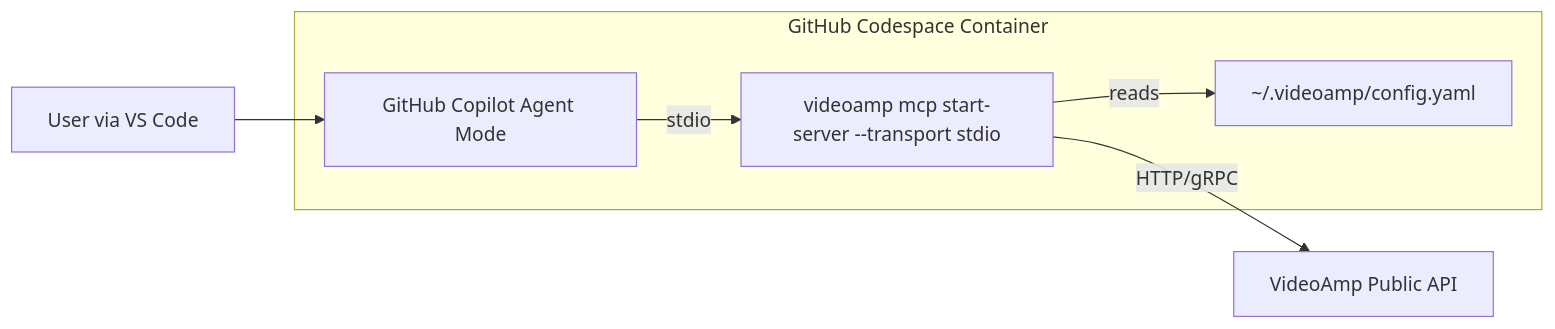
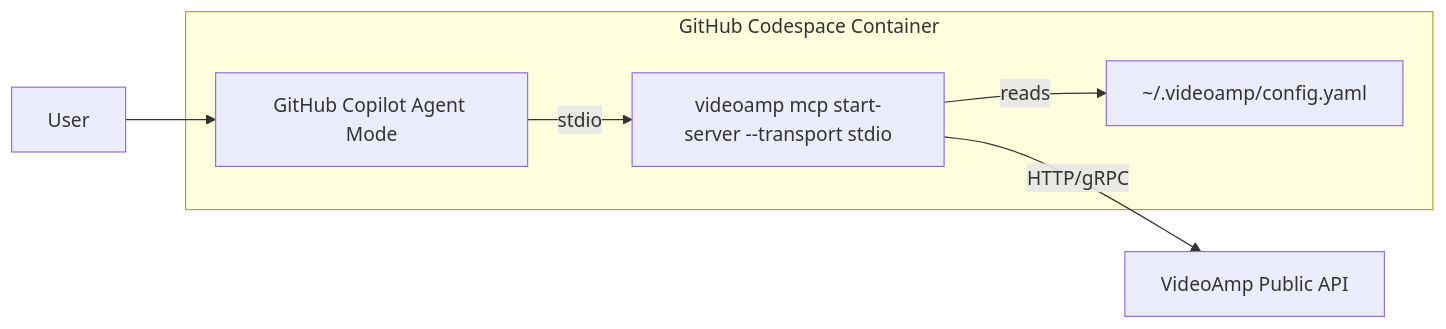
The first of 4 diagrams in README.md (VideoAmp/cli), drawn with Mermaid before and after one commit.

````diff
--- a/README.md
+++ b/README.md
@@ -20,14 +20,14 @@
 ```mermaid
 graph LR
     subgraph Cloud [GitHub Codespace Container]
         Copilot[GitHub Copilot Agent Mode]
         MCPServer[videoamp mcp start-server --transport stdio]
         ConfigFile[~/.videoamp/config.yaml]
 
         Copilot -- stdio --> MCPServer
         MCPServer -- reads --> ConfigFile
     end
 
-    User[User via VS Code] --> Copilot
+    User--> Copilot
     MCPServer -- HTTP/gRPC --> VideoAmpAPI[VideoAmp Public API]
 ```
````
